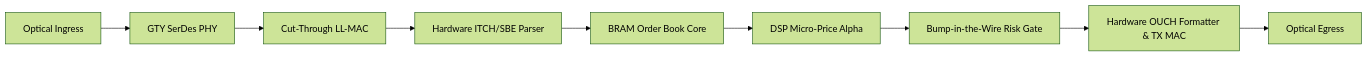
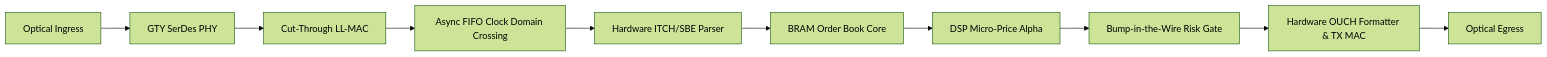
Before and after one commit to shreejitverma/SDE-Interview-Prep: the diagram in 14-Low-Latency-Systems/12 - FPGAs & Hardware Acceleration/MOC - 12 FPGAs & Hardware Acceleration.md, drawn with Mermaid (forest theme). The commit also changed other lines of this file and 10 other files, not shown here.

````diff
--- a/14-Low-Latency-Systems/12 - FPGAs & Hardware Acceleration/MOC - 12 FPGAs & Hardware Acceleration.md
+++ b/14-Low-Latency-Systems/12 - FPGAs & Hardware Acceleration/MOC - 12 FPGAs & Hardware Acceleration.md
@@ -13,11 +13,12 @@
 ```mermaid
 flowchart LR
     OPT_IN[Optical Ingress] --> PHY[GTY SerDes PHY]
     PHY --> MAC[Cut-Through LL-MAC]
-    MAC --> PARSE[Hardware ITCH/SBE Parser]
+    MAC --> CDC[Async FIFO Clock Domain Crossing]
+    CDC --> PARSE[Hardware ITCH/SBE Parser]
     PARSE --> BOOK[BRAM Order Book Core]
     BOOK --> ALPHA[DSP Micro-Price Alpha]
     ALPHA --> RISK[Bump-in-the-Wire Risk Gate]
     RISK --> TX_MAC[Hardware OUCH Formatter & TX MAC]
     TX_MAC --> OPT_OUT[Optical Egress]
 ```
````
